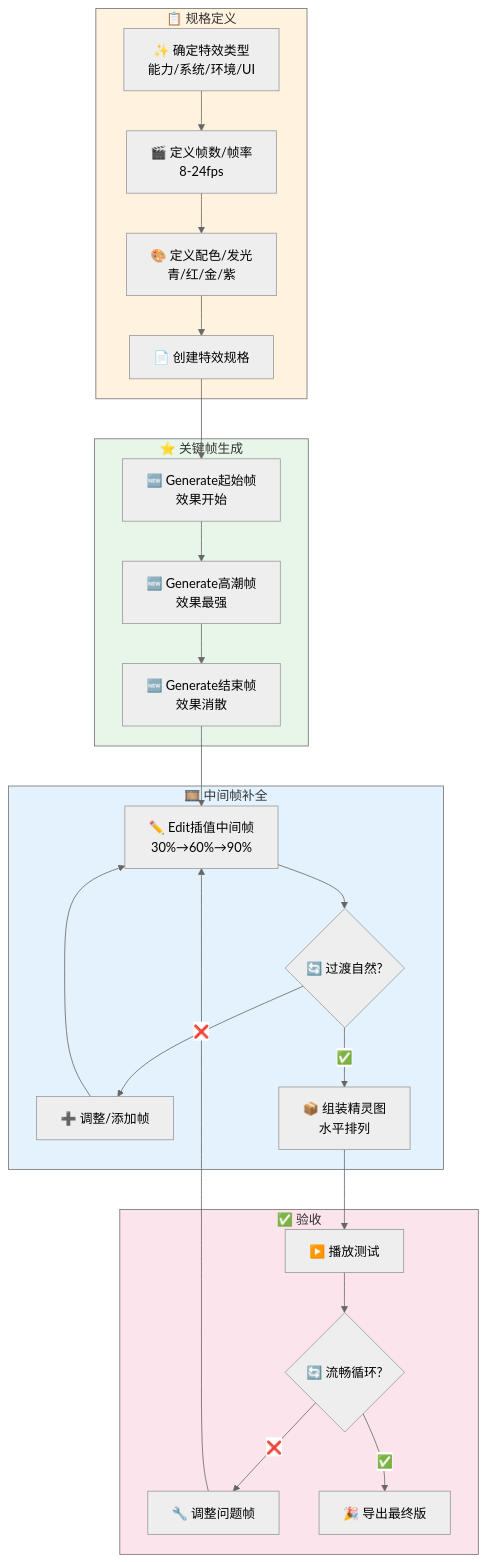
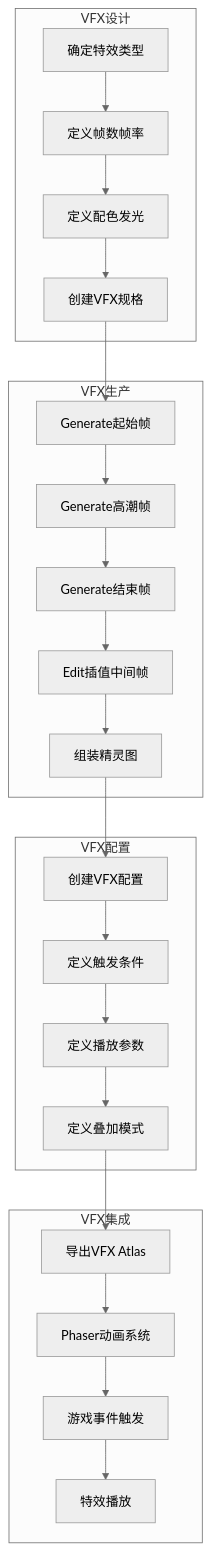
One commit to angelash/Footnote changed diagram 13 of 17 in docs/art/资产生产流程图汇总.md. Above: the diagram before and after it, drawn with Mermaid (neutral theme). The commit also changed other lines of this file and 59 other files, not shown here.

````diff
--- a/docs/art/资产生产流程图汇总.md
+++ b/docs/art/资产生产流程图汇总.md
@@ -270,36 +362,31 @@
 ```mermaid
 flowchart TB
-    subgraph Phase1["📋 规格定义"]
-        A1["✨ 确定特效类型<br/>能力/系统/环境/UI"] --> A2["🎬 定义帧数/帧率<br/>8-24fps"]
-        A2 --> A3["🎨 定义配色/发光<br/>青/红/金/紫"]
-        A3 --> A4["📄 创建特效规格"]
+    subgraph VFXDesign["VFX设计"]
+        A1["确定特效类型"] --> A2["定义帧数帧率"]
+        A2 --> A3["定义配色发光"]
+        A3 --> A4["创建VFX规格"]
     end
     
-    subgraph Phase2["⭐ 关键帧生成"]
-        B1["🆕 Generate起始帧<br/>效果开始"] --> B2["🆕 Generate高潮帧<br/>效果最强"]
-        B2 --> B3["🆕 Generate结束帧<br/>效果消散"]
+    subgraph VFXProd["VFX生产"]
+        B1["Generate起始帧"] --> B2["Generate高潮帧"]
+        B2 --> B3["Generate结束帧"]
+        B3 --> B4["Edit插值中间帧"]
+        B4 --> B5["组装精灵图"]
     end
     
-    subgraph Phase3["🎞️ 中间帧补全"]
-        C1["✏️ Edit插值中间帧<br/>30%→60%→90%"] --> C2{"🔄 过渡自然?"}
-        C2 -->|"❌"| C3["➕ 调整/添加帧"]
-        C3 --> C1
-        C2 -->|"✅"| C4["📦 组装精灵图<br/>水平排列"]
+    subgraph VFXConfig["VFX配置"]
+        C1["创建VFX配置"] --> C2["定义触发条件"]
+        C2 --> C3["定义播放参数"]
+        C3 --> C4["定义叠加模式"]
     end
     
-    subgraph Phase4["✅ 验收"]
-        D1["▶️ 播放测试"] --> D2{"🔄 流畅循环?"}
-        D2 -->|"❌"| D3["🔧 调整问题帧"]
-        D3 --> C1
-        D2 -->|"✅"| D4["🎉 导出最终版"]
+    subgraph VFXIntegration["VFX集成"]
+        D1["导出VFX Atlas"] --> D2["Phaser动画系统"]
+        D2 --> D3["游戏事件触发"]
+        D3 --> D4["特效播放"]
     end
     
     A4 --> B1
-    B3 --> C1
+    B5 --> C1
     C4 --> D1
-    
-    style Phase1 fill:#fff3e0
-    style Phase2 fill:#e8f5e9
-    style Phase3 fill:#e3f2fd
-    style Phase4 fill:#fce4ec
 ```
````
